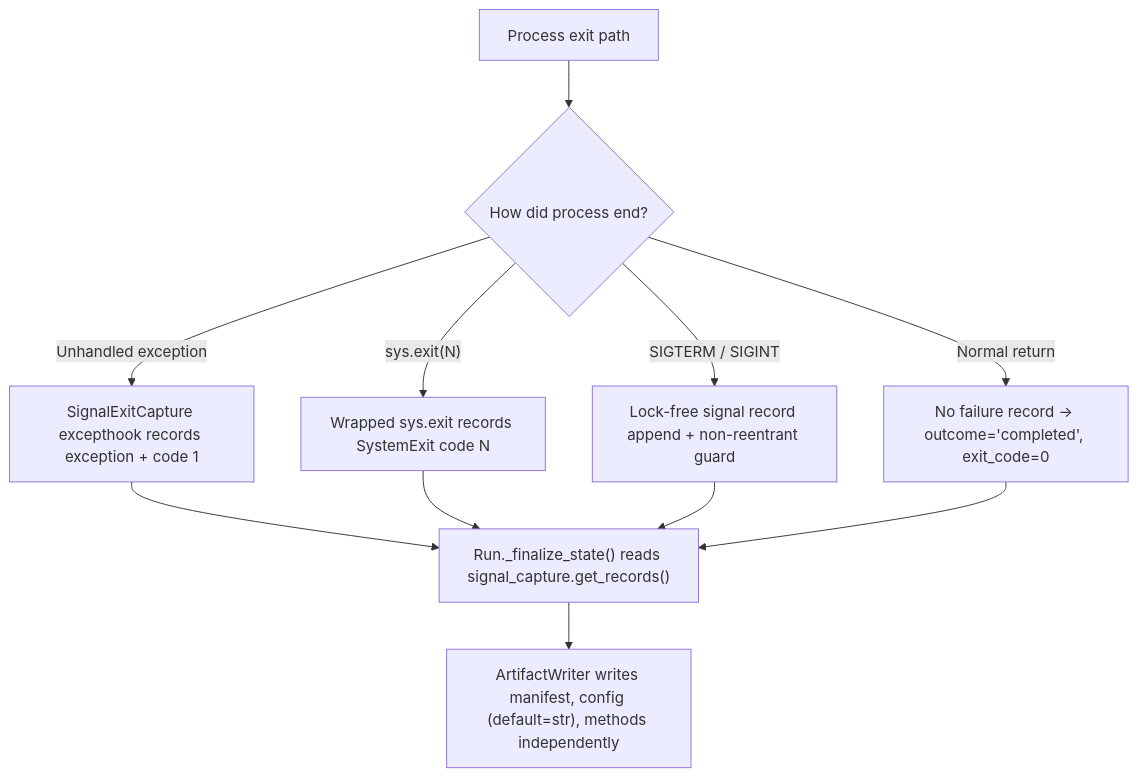
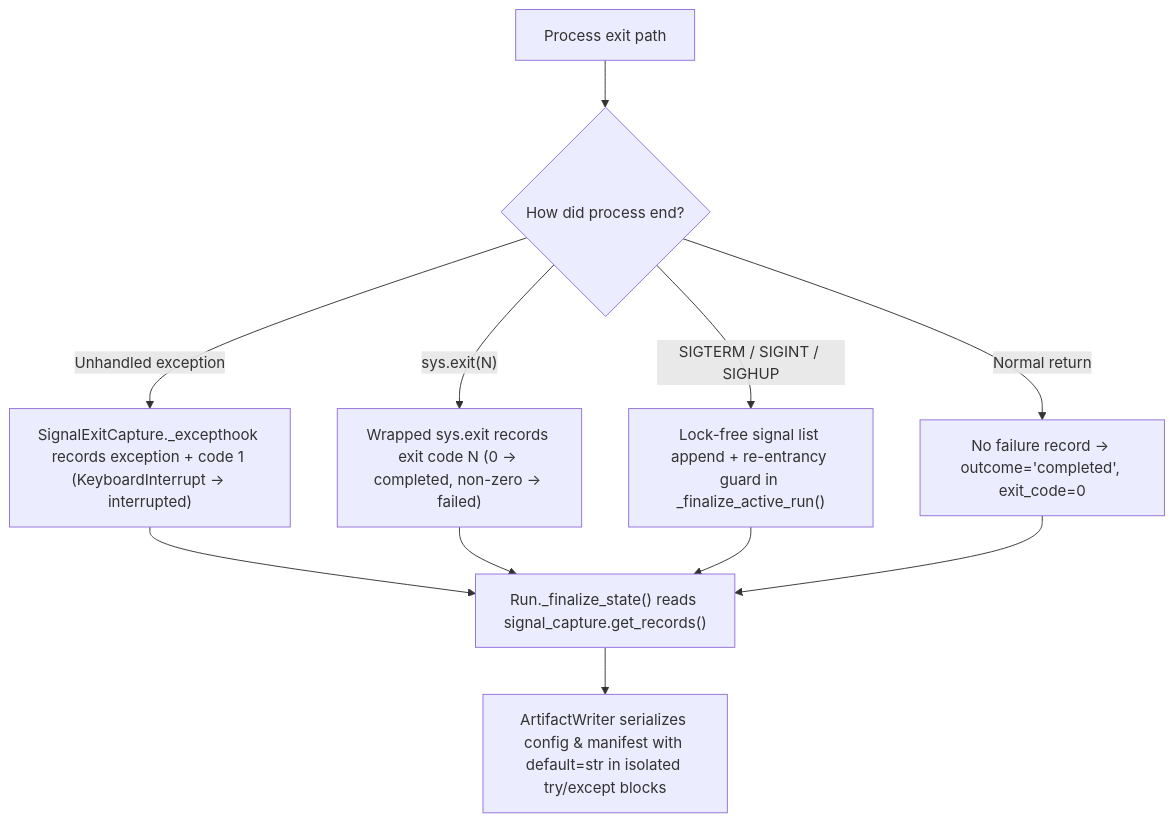
Before and after one commit to fariello/pubrun: the diagram in .aw/records/plans/pending/20261122-bugs-audit-02-2nm0pq-fix-core-lifecycle-exit-recording-signal-deadlock-and-writer.ipd.md, drawn with Mermaid. The commit also changed other lines of this file and 1 other file, not shown here.

````diff
--- a/.aw/records/plans/pending/20261122-bugs-audit-02-2nm0pq-fix-core-lifecycle-exit-recording-signal-deadlock-and-writer.ipd.md
+++ b/.aw/records/plans/pending/20261122-bugs-audit-02-2nm0pq-fix-core-lifecycle-exit-recording-signal-deadlock-and-writer.ipd.md
@@ -33,13 +36,13 @@
 ```mermaid
 flowchart TD
     EXIT["Process exit path"] --> T1{"How did process end?"}
-    T1 -- "Unhandled exception" --> EXH["SignalExitCapture excepthook records exception + code 1"]
-    T1 -- "sys.exit(N)" --> SYSE["Wrapped sys.exit records SystemExit code N"]
-    T1 -- "SIGTERM / SIGINT" --> SIGH["Lock-free signal record append + non-reentrant guard"]
+    T1 -- "Unhandled exception" --> EXH["SignalExitCapture._excepthook records exception + code 1 (KeyboardInterrupt -> interrupted)"]
+    T1 -- "sys.exit(N)" --> SYSE["Wrapped sys.exit records exit code N (0 -> completed, non-zero -> failed)"]
+    T1 -- "SIGTERM / SIGINT / SIGHUP" --> SIGH["Lock-free signal list append + re-entrancy guard in _finalize_active_run()"]
     T1 -- "Normal return" --> NORM["No failure record -> outcome='completed', exit_code=0"]
     EXH --> FIN["Run._finalize_state() reads signal_capture.get_records()"]
     SYSE --> FIN
     SIGH --> FIN
     NORM --> FIN
-    FIN --> WRITE["ArtifactWriter writes manifest, config (default=str), methods independently"]
+    FIN --> WRITE["ArtifactWriter serializes config & manifest with default=str in isolated try/except blocks"]
 ```
````
